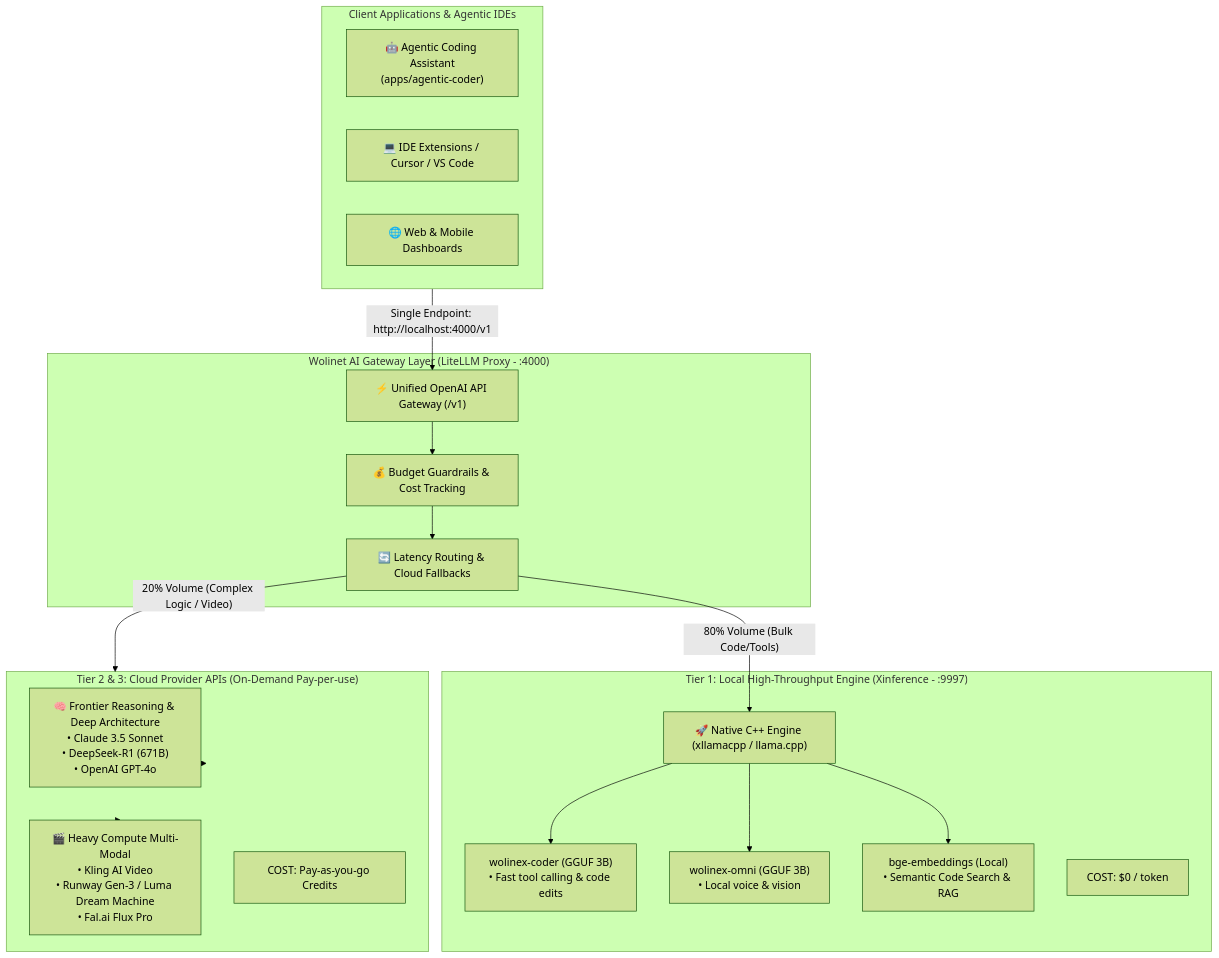
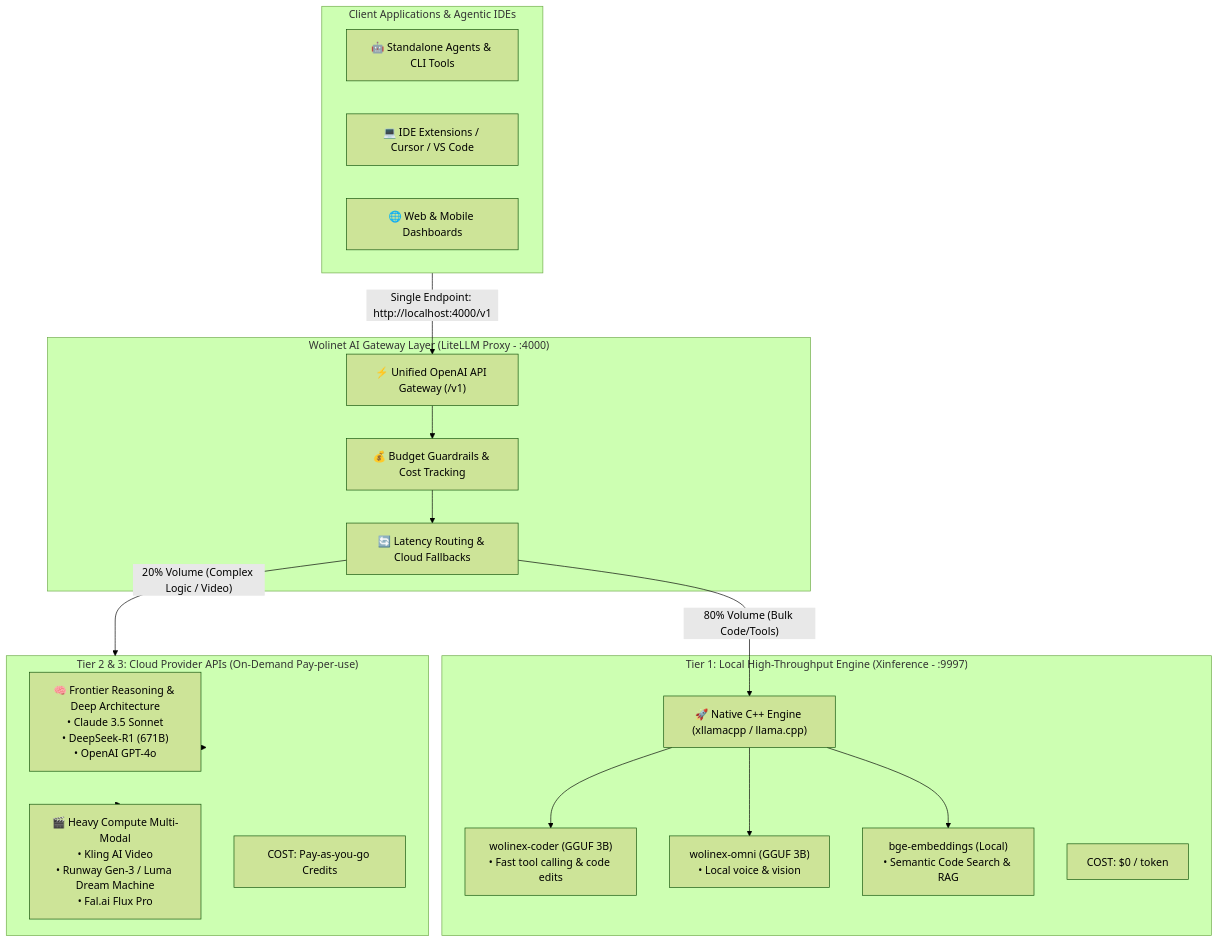
The diagram in WOLINETAI.md (wolinet-renatus/wolinetAI), drawn with Mermaid (forest theme) before and after one commit. The commit also changed other lines of this file and 12847 other files, not shown here.

Commit message:
chore: remove legacy apps (agentic-coder, desktop, cli) and clean references

````diff
--- a/WOLINETAI.md
+++ b/WOLINETAI.md
@@ -13,38 +13,38 @@
 ```mermaid
 flowchart TD
     subgraph Clients["Client Applications & Agentic IDEs"]
-        Agent["🤖 Agentic Coding Assistant\n(apps/agentic-coder)"]
+        Agent["🤖 Standalone Agents & CLI Tools"]
         IDE["💻 IDE Extensions / Cursor / VS Code"]
         Web["🌐 Web & Mobile Dashboards"]
     end
 
     subgraph Gateway["Wolinet AI Gateway Layer (LiteLLM Proxy - :4000)"]
         Router["⚡ Unified OpenAI API Gateway (/v1)"]
         Budget["💰 Budget Guardrails & Cost Tracking"]
         Failover["🔄 Latency Routing & Cloud Fallbacks"]
     end
 
     subgraph Tier1["Tier 1: Local High-Throughput Engine (Xinference - :9997)"]
         LocalEngine["🚀 Native C++ Engine (xllamacpp / llama.cpp)"]
         Coder["wolinex-coder (GGUF 3B)\n• Fast tool calling & code edits"]
         Omni["wolinex-omni (GGUF 3B)\n• Local voice & vision"]
         Embed["bge-embeddings (Local)\n• Semantic Code Search & RAG"]
         Cost1["COST: $0 / token"]
     end
 
     subgraph Tier2["Tier 2 & 3: Cloud Provider APIs (On-Demand Pay-per-use)"]
         Frontier["🧠 Frontier Reasoning & Deep Architecture\n• Claude 3.5 Sonnet\n• DeepSeek-R1 (671B)\n• OpenAI GPT-4o"]
         Video["🎬 Heavy Compute Multi-Modal\n• Kling AI Video\n• Runway Gen-3 / Luma Dream Machine\n• Fal.ai Flux Pro"]
         Cost2["COST: Pay-as-you-go Credits"]
     end
 
     Clients -->|Single Endpoint: http://localhost:4000/v1| Router
     Router --> Budget --> Failover
     Failover -->|"80% Volume (Bulk Code/Tools)"| LocalEngine
     LocalEngine --> Coder
     LocalEngine --> Omni
     LocalEngine --> Embed
     Failover -->|"20% Volume (Complex Logic / Video)"| Tier2
     Tier2 --> Frontier
     Tier2 --> Video
 ```
````
